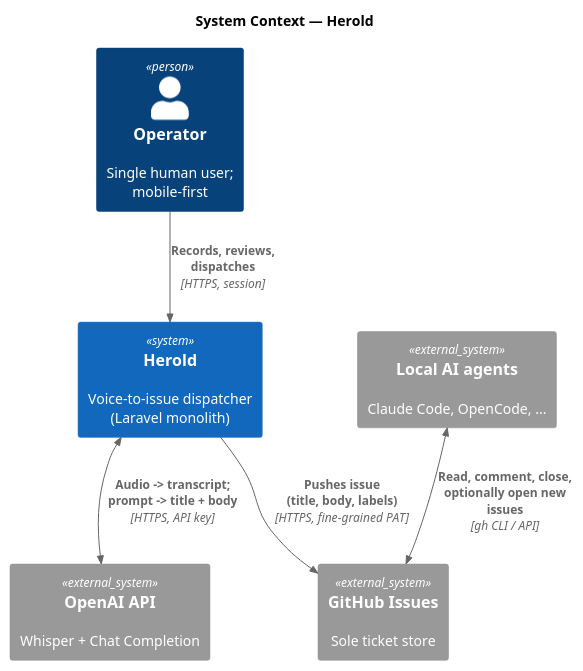
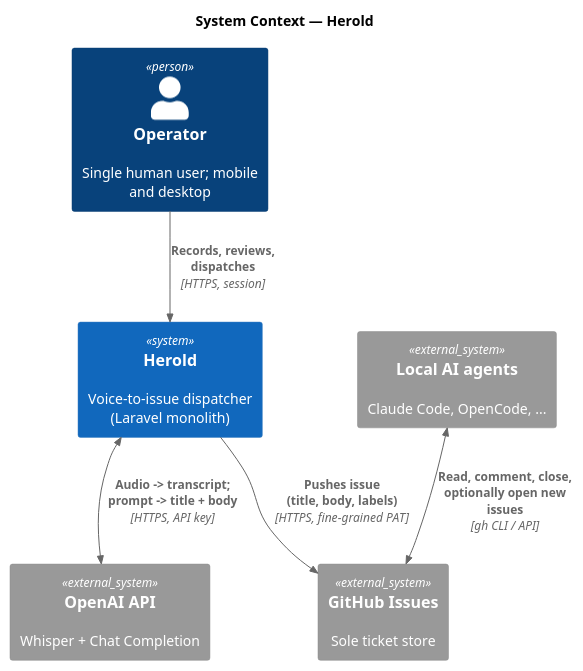
The diagram in docs/spec/diagrams/p2-system-context.plantuml (carstenlucke/herold), drawn with PlantUML before and after one commit. The commit also changed 7 other files, not shown here.

First line of the commit message:
docs(spec): treat mobile and desktop as equally important contexts

```diff
--- a/docs/spec/diagrams/p2-system-context.plantuml
+++ b/docs/spec/diagrams/p2-system-context.plantuml
@@ -1,19 +1,19 @@
 @startuml p2-system-context
 !include https://raw.githubusercontent.com/plantuml-stdlib/C4-PlantUML/master/C4_Context.puml
 
 title System Context — Herold
 
-Person(operator, "Operator", "Single human user; mobile-first")
+Person(operator, "Operator", "Single human user; mobile and desktop")
 
 System(herold, "Herold", "Voice-to-issue dispatcher (Laravel monolith)")
 
 System_Ext(openai, "OpenAI API", "Whisper + Chat Completion")
 System_Ext(github, "GitHub Issues", "Sole ticket store")
 System_Ext(agents, "Local AI agents", "Claude Code, OpenCode, ...")
 
 Rel(operator, herold, "Records, reviews, dispatches", "HTTPS, session")
 BiRel(herold, openai, "Audio -> transcript;\nprompt -> title + body", "HTTPS, API key")
 Rel(herold, github, "Pushes issue\n(title, body, labels)", "HTTPS, fine-grained PAT")
 BiRel(agents, github, "Read, comment, close,\noptionally open new issues", "gh CLI / API")
 
 @enduml
```
